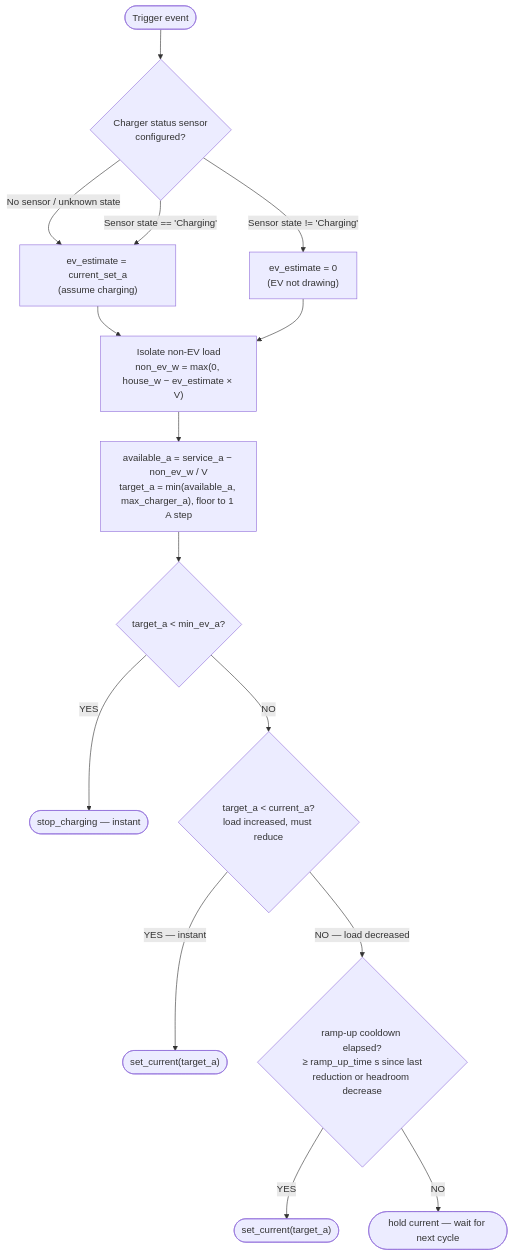
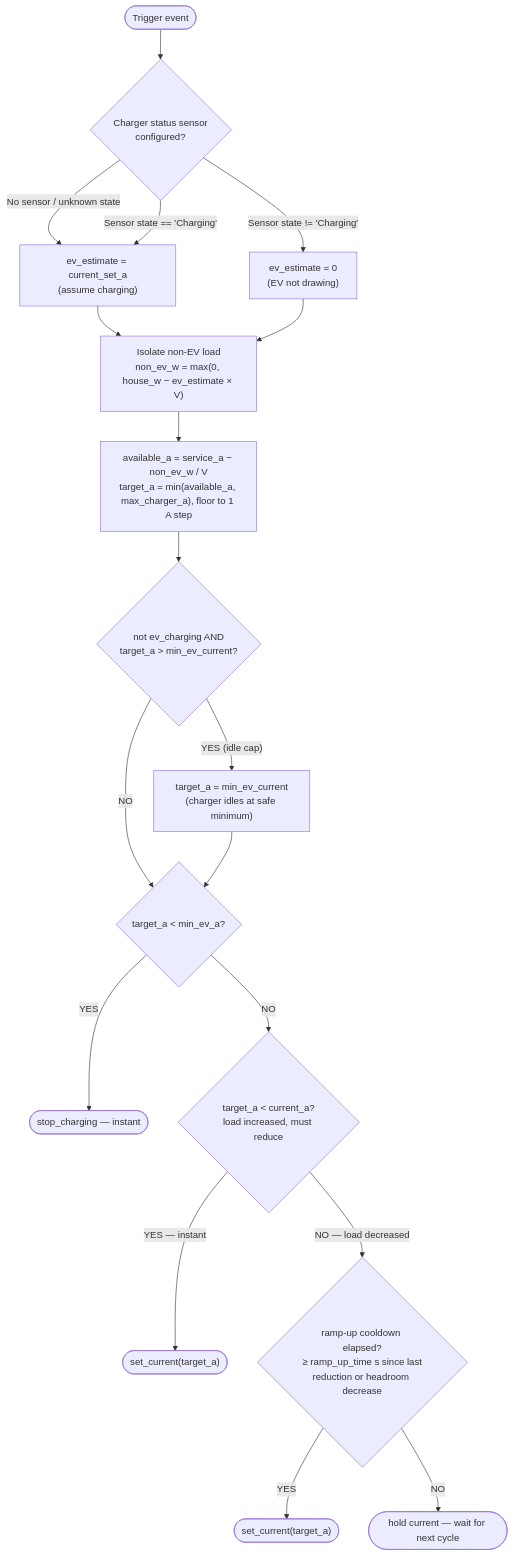
Before and after one commit to alexisml/ha-ev-charger-balancer: the first of 7 diagrams in docs/documentation/02-how-it-works.md, drawn with Mermaid. The commit also changed other lines of this file and 5 other files, not shown here.

Commit message:
feat: port idle-clamp + ramp-up-on-EV-start feature from main (#114) to multi-charger branch

````diff
--- a/docs/documentation/02-how-it-works.md
+++ b/docs/documentation/02-how-it-works.md
@@ -237,18 +243,21 @@
 ```mermaid
 flowchart TD
     A([Trigger event])
     A --> Z{"Charger status sensor<br/>configured?"}
     Z -- "No sensor / unknown state" --> ZA["ev_estimate = current_set_a<br/>(assume charging)"]
     Z -- "Sensor state == 'Charging'" --> ZA
     Z -- "Sensor state != 'Charging'" --> ZB["ev_estimate = 0<br/>(EV not drawing)"]
     ZA --> B["Isolate non-EV load<br/>non_ev_w = max(0, house_w − ev_estimate × V)"]
     ZB --> B
     B --> C["available_a = service_a − non_ev_w / V<br/>target_a = min(available_a, max_charger_a), floor to 1 A step"]
-    C --> D{"target_a < min_ev_a?"}
+    C --> CZ{"not ev_charging AND<br/>target_a > min_ev_current?"}
+    CZ -- "YES (idle cap)" --> CZA["target_a = min_ev_current<br/>(charger idles at safe minimum)"]
+    CZ -- "NO" --> D
+    CZA --> D{"target_a < min_ev_a?"}
     D -- YES --> E(["stop_charging — instant"])
     D -- NO --> F{"target_a < current_a?<br/>load increased, must reduce"}
     F -- "YES — instant" --> G(["set_current(target_a)"])
     F -- "NO — load decreased" --> H{"ramp-up cooldown elapsed?<br/>≥ ramp_up_time s since last<br/>reduction or headroom decrease"}
     H -- "YES" --> I(["set_current(target_a)"])
     H -- "NO" --> J(["hold current — wait for next cycle"])
 ```
````
